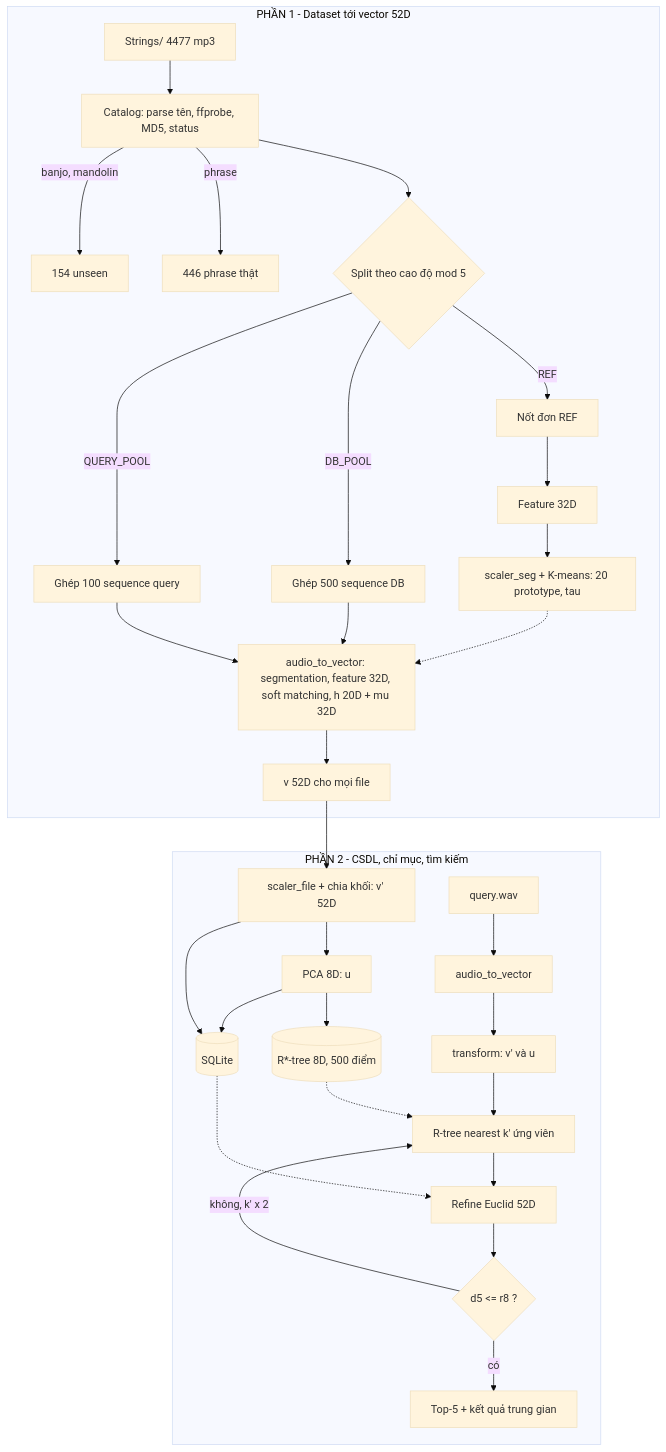
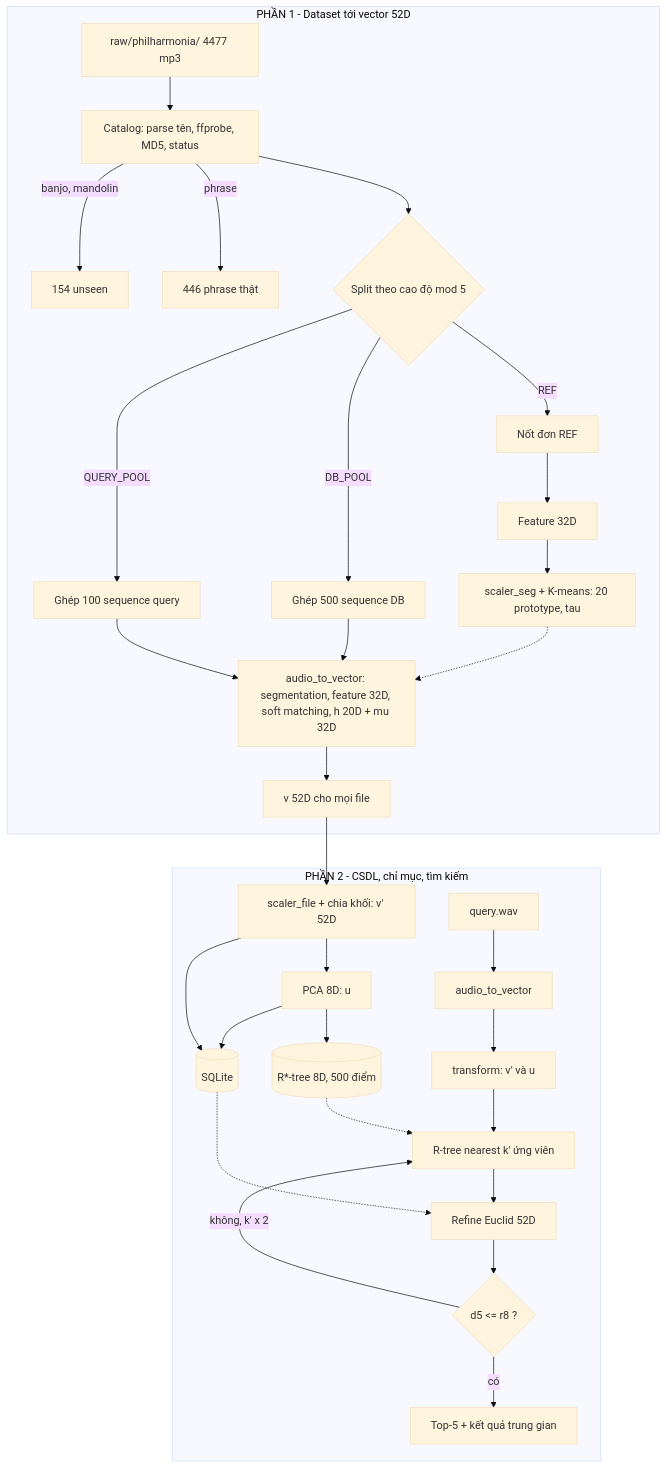
Before and after one commit to tmk-123/CSDLDPT: the diagram in docs/03_WORKFLOWS/MASTER_WORKFLOW.md, drawn with Mermaid (base theme). The commit also changed other lines of this file and 118 other files, not shown here.

````diff
--- a/docs/03_WORKFLOWS/MASTER_WORKFLOW.md
+++ b/docs/03_WORKFLOWS/MASTER_WORKFLOW.md
@@ -4,34 +4,34 @@
 ```mermaid
 flowchart TB
     subgraph P1["PHẦN 1 - Dataset tới vector 52D"]
-        A["Strings/ 4477 mp3"] --> B["Catalog: parse tên, ffprobe, MD5, status"]
+        A["raw/philharmonia/ 4477 mp3"] --> B["Catalog: parse tên, ffprobe, MD5, status"]
         B --> C{"Split theo cao độ mod 5"}
         C -->|REF| D["Nốt đơn REF"]
         C -->|DB_POOL| E["Ghép 500 sequence DB"]
         C -->|QUERY_POOL| F["Ghép 100 sequence query"]
         B -->|phrase| G["446 phrase thật"]
         B -->|banjo, mandolin| H["154 unseen"]
         D --> D1["Feature 32D"]
         D1 --> D2["scaler_seg + K-means: 20 prototype, tau"]
         E --> AV["audio_to_vector: segmentation, feature 32D, soft matching, h 20D + mu 32D"]
         F --> AV
         D2 -.-> AV
         AV --> V["v 52D cho mọi file"]
     end
     subgraph P2["PHẦN 2 - CSDL, chỉ mục, tìm kiếm"]
         V --> N["scaler_file + chia khối: v' 52D"]
         N --> PCA["PCA 8D: u"]
         PCA --> RT[("R*-tree 8D, 500 điểm")]
         N --> DB[("SQLite")]
         PCA --> DB
         Q["query.wav"] --> QA["audio_to_vector"]
         QA --> QN["transform: v' và u"]
         QN --> S1["R-tree nearest k' ứng viên"]
         S1 --> S2["Refine Euclid 52D"]
         S2 --> S3{"d5 <= r8 ?"}
         S3 -->|không, k' x 2| S1
         S3 -->|có| TOP["Top-5 + kết quả trung gian"]
         RT -.-> S1
         DB -.-> S2
     end
 ```
````
